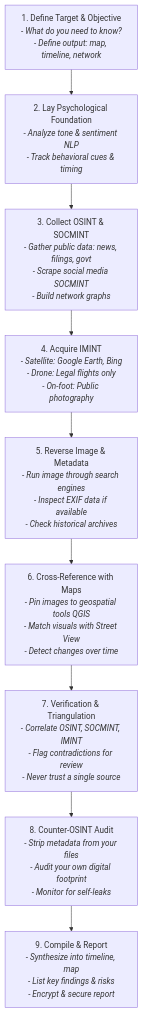
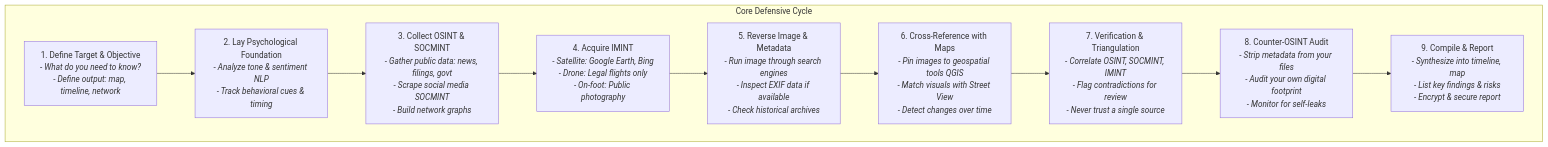
One commit to airborne-commando/OPSEC-OSINT-Tools changed the diagram in IMINT.md. Above: the diagram before and after it, drawn with Mermaid. The commit also changed other lines of this file, not shown here.

````diff
--- a/IMINT.md
+++ b/IMINT.md
@@ -240,29 +167,42 @@
 ```mermaid
 flowchart TD
     A[1. Define Target & Objective<br/>- <i>What do you need to know?<br/>- Define output: map, timeline, network</i>]
     
     B[2. Lay Psychological Foundation<br/>- <i>Analyze tone & sentiment NLP<br/>- Track behavioral cues & timing</i>]
     
     C[3. Collect OSINT & SOCMINT<br/>- <i>Gather public data: news, filings, govt<br/>- Scrape social media SOCMINT<br/>- Build network graphs</i>]
     
     D[4. Acquire IMINT<br/>- <i>Satellite: Google Earth, Bing<br/>- Drone: Legal flights only<br/>- On-foot: Public photography</i>]
     
     E[5. Reverse Image & Metadata<br/>- <i>Run image through search engines<br/>- Inspect EXIF data if available<br/>- Check historical archives</i>]
     
     F[6. Cross-Reference with Maps<br/>- <i>Pin images to geospatial tools QGIS<br/>- Match visuals with Street View<br/>- Detect changes over time</i>]
     
     G[7. Verification & Triangulation<br/>- <i>Correlate OSINT, SOCMINT, IMINT<br/>- Flag contradictions for review<br/>- Never trust a single source</i>]
     
     H[8. Counter-OSINT Audit<br/>- <i>Strip metadata from your files<br/>- Audit your own digital footprint<br/>- Monitor for self-leaks</i>]
     
     I[9. Compile & Report<br/>- <i>Synthesize into timeline, map<br/>- List key findings & risks<br/>- Encrypt & secure report</i>]
 
     A --> B
     B --> C
     C --> D
     D --> E
     E --> F
     F --> G
     G --> H
     H --> I
+
+
+    subgraph "Core Defensive Cycle"
+        A
+        B
+        C
+        D
+        E
+        F
+        G
+        H
+        I
+    end
 ```
````
